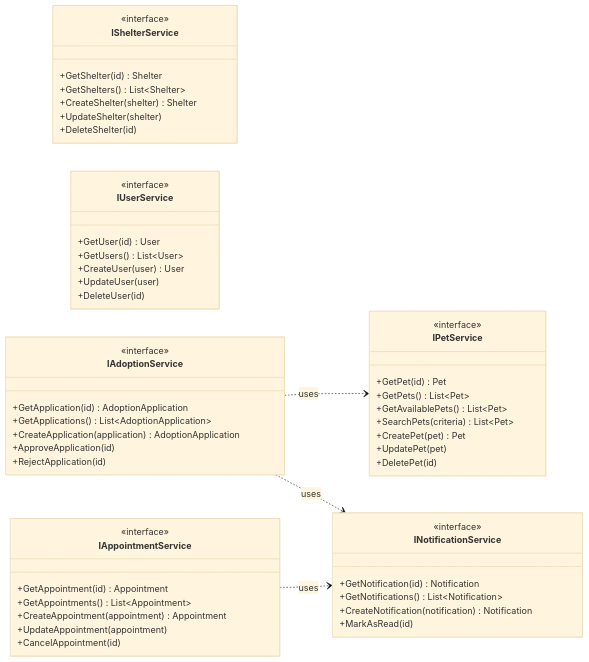
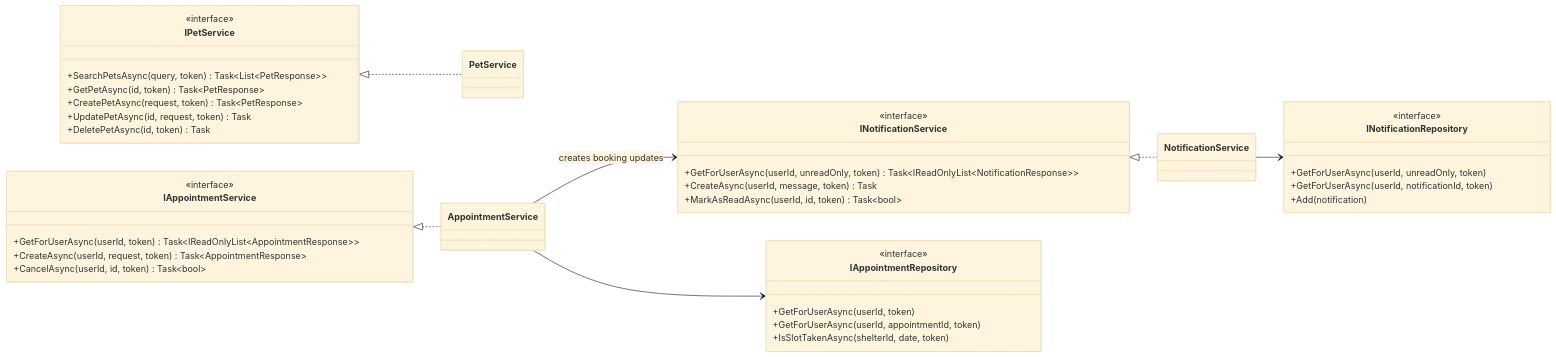
Before and after one commit to AidinYaseri/Team-5-Web-Programming: the diagram in docs/diagrams/services-class-diagram.mmd, drawn with Mermaid (base theme). The commit also changed 57 other files, not shown here.

Commit message:
WI-4/WI-10/WI-11: implement client, notifications, appointments, and docs

```diff
--- a/docs/diagrams/services-class-diagram.mmd
+++ b/docs/diagrams/services-class-diagram.mmd
@@ -1,54 +1,45 @@
 classDiagram
     direction LR
+
     class IPetService {
         <<interface>>
-        +GetPet(id) Pet
-        +GetPets() List~Pet~
-        +GetAvailablePets() List~Pet~
-        +SearchPets(criteria) List~Pet~
-        +CreatePet(pet) Pet
-        +UpdatePet(pet)
-        +DeletePet(id)
-    }
-    class IShelterService {
-        <<interface>>
-        +GetShelter(id) Shelter
-        +GetShelters() List~Shelter~
-        +CreateShelter(shelter) Shelter
-        +UpdateShelter(shelter)
-        +DeleteShelter(id)
-    }
-    class IUserService {
-        <<interface>>
-        +GetUser(id) User
-        +GetUsers() List~User~
-        +CreateUser(user) User
-        +UpdateUser(user)
-        +DeleteUser(id)
-    }
-    class IAdoptionService {
-        <<interface>>
-        +GetApplication(id) AdoptionApplication
-        +GetApplications() List~AdoptionApplication~
-        +CreateApplication(application) AdoptionApplication
-        +ApproveApplication(id)
-        +RejectApplication(id)
+        +SearchPetsAsync(query, token) Task~List~PetResponse~~
+        +GetPetAsync(id, token) Task~PetResponse~
+        +CreatePetAsync(request, token) Task~PetResponse~
+        +UpdatePetAsync(id, request, token) Task
+        +DeletePetAsync(id, token) Task
     }
     class IAppointmentService {
         <<interface>>
-        +GetAppointment(id) Appointment
-        +GetAppointments() List~Appointment~
-        +CreateAppointment(appointment) Appointment
-        +UpdateAppointment(appointment)
-        +CancelAppointment(id)
+        +GetForUserAsync(userId, token) Task~IReadOnlyList~AppointmentResponse~~
+        +CreateAsync(userId, request, token) Task~AppointmentResponse~
+        +CancelAsync(userId, id, token) Task~bool~
     }
     class INotificationService {
         <<interface>>
-        +GetNotification(id) Notification
-        +GetNotifications() List~Notification~
-        +CreateNotification(notification) Notification
-        +MarkAsRead(id)
+        +GetForUserAsync(userId, unreadOnly, token) Task~IReadOnlyList~NotificationResponse~~
+        +CreateAsync(userId, message, token) Task
+        +MarkAsReadAsync(userId, id, token) Task~bool~
     }
-    IAdoptionService ..> IPetService : uses
-    IAdoptionService ..> INotificationService : uses
-    IAppointmentService ..> INotificationService : uses
+    class PetService
+    class AppointmentService
+    class NotificationService
+    class IAppointmentRepository {
+        <<interface>>
+        +GetForUserAsync(userId, token)
+        +GetForUserAsync(userId, appointmentId, token)
+        +IsSlotTakenAsync(shelterId, date, token)
+    }
+    class INotificationRepository {
+        <<interface>>
+        +GetForUserAsync(userId, unreadOnly, token)
+        +GetForUserAsync(userId, notificationId, token)
+        +Add(notification)
+    }
+
+    IPetService <|.. PetService
+    IAppointmentService <|.. AppointmentService
+    INotificationService <|.. NotificationService
+    AppointmentService --> IAppointmentRepository
+    AppointmentService --> INotificationService : creates booking updates
+    NotificationService --> INotificationRepository
```
